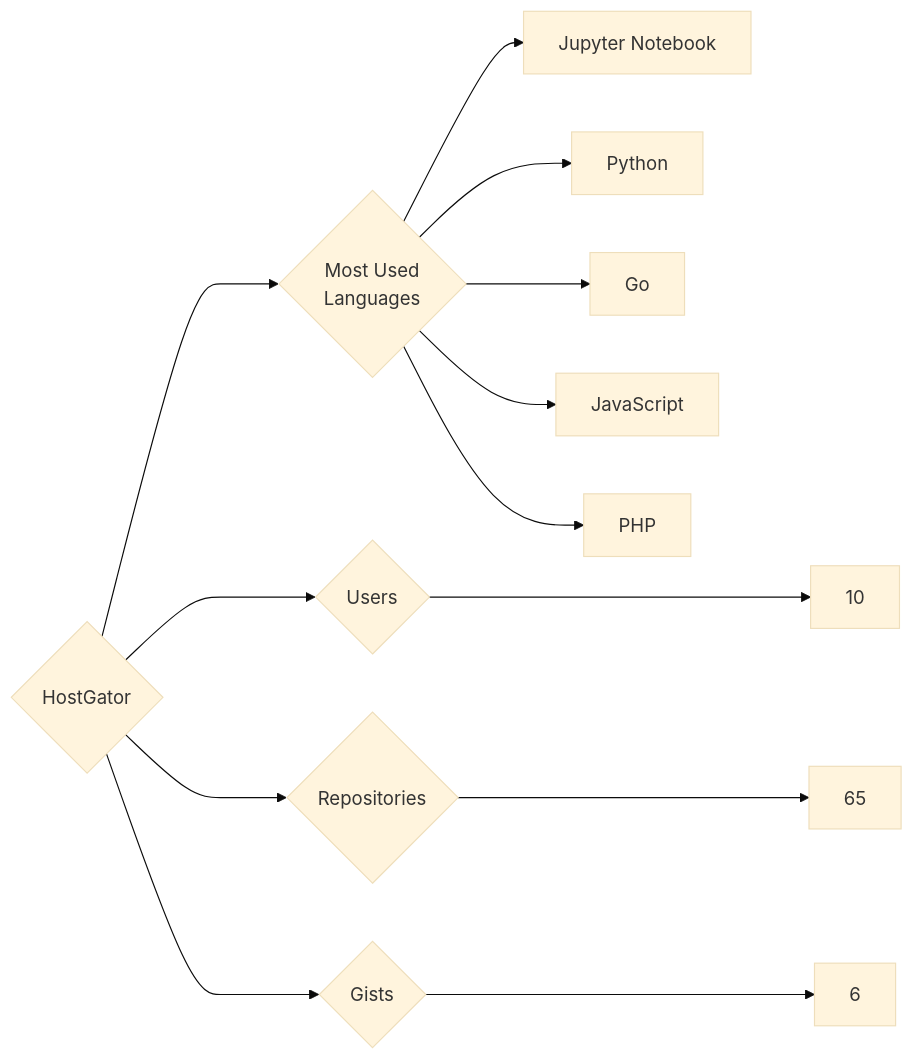
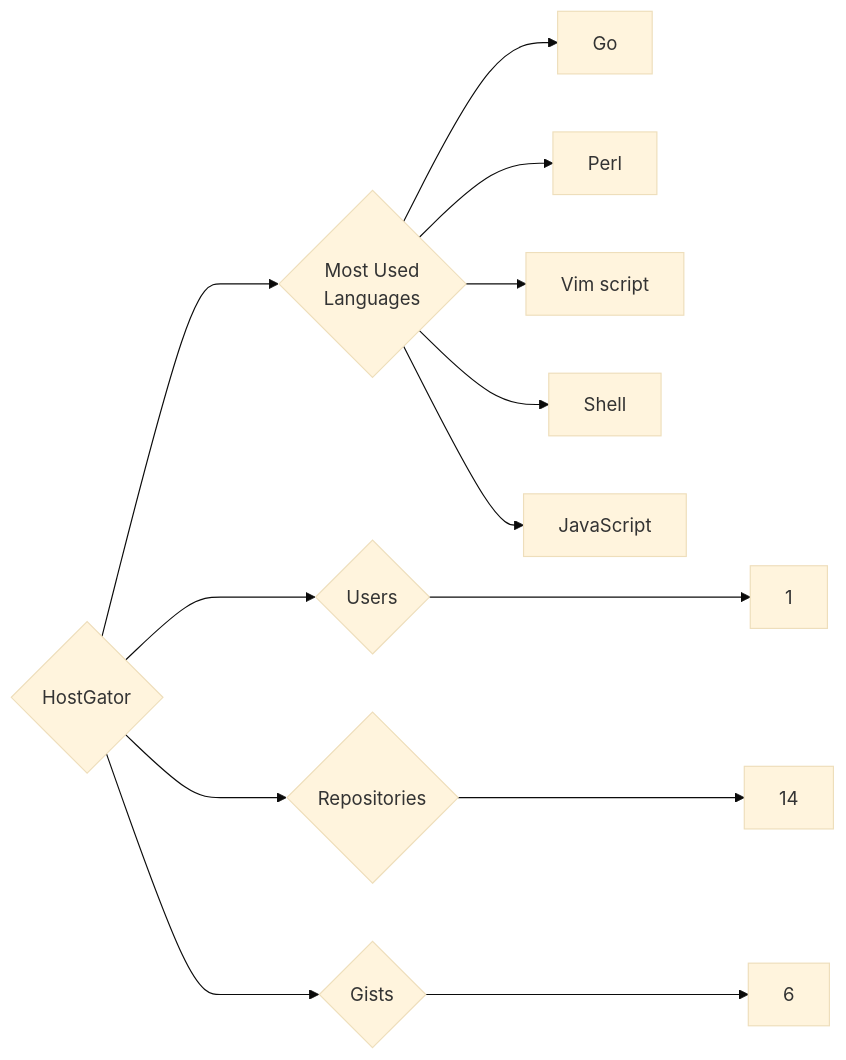
The diagram in targets/HostGator/README.md (trickest/insiders), drawn with Mermaid (base theme) before and after one commit. The commit also changed 777 other files, not shown here.

````diff
--- a/targets/HostGator/README.md
+++ b/targets/HostGator/README.md
@@ -3,13 +3,13 @@
 ```mermaid
 graph LR
 COMPANY_NAME{HostGator}
-COMPANY_NAME ---> U{Users} ---> UN[10]
-COMPANY_NAME ---> R{Repositories} ---> RN[65]
+COMPANY_NAME ---> U{Users} ---> UN[1]
+COMPANY_NAME ---> R{Repositories} ---> RN[14]
 COMPANY_NAME ---> G{Gists} ---> GN[6]
 COMPANY_NAME ---> ML{Most Used<br>Languages}
-ML --> Jupyter_Notebook[Jupyter Notebook]
-ML --> Python[Python]
 ML --> Go[Go]
+ML --> Perl[Perl]
+ML --> Vim_script[Vim script]
+ML --> Shell[Shell]
 ML --> JavaScript[JavaScript]
-ML --> PHP[PHP]
 ```
````
